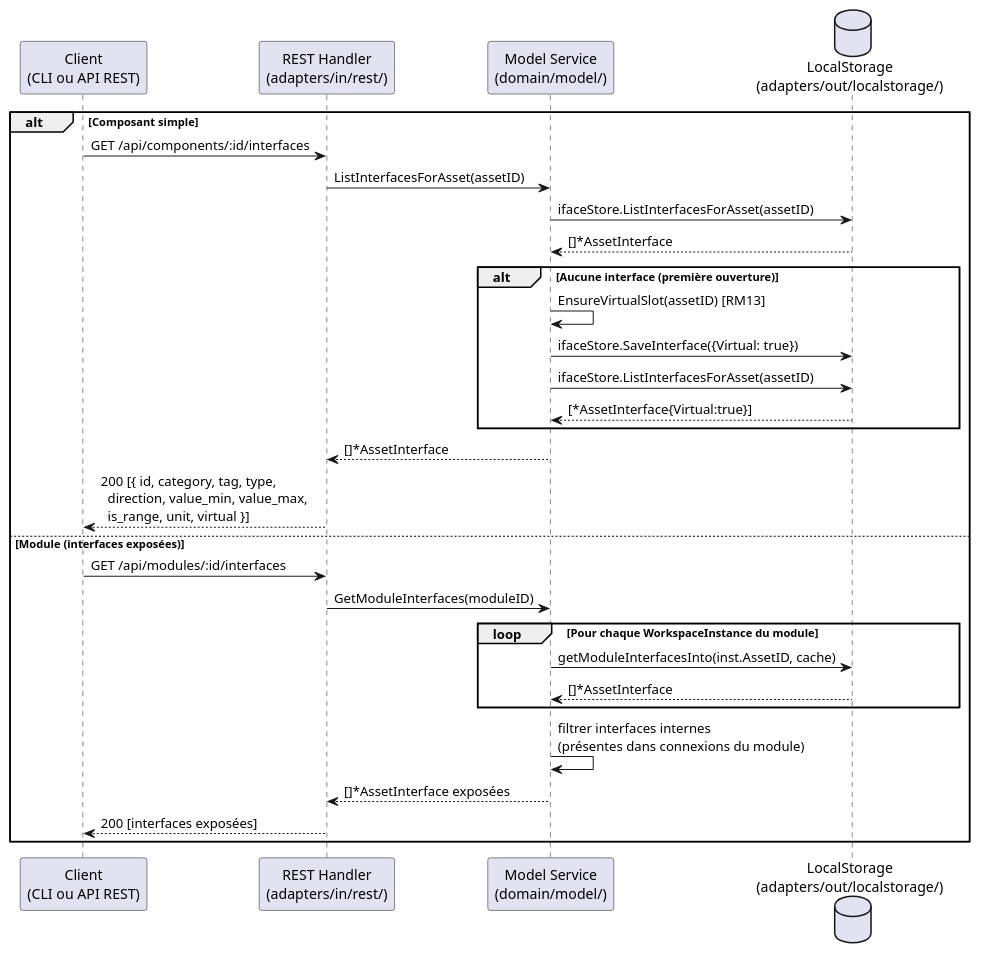
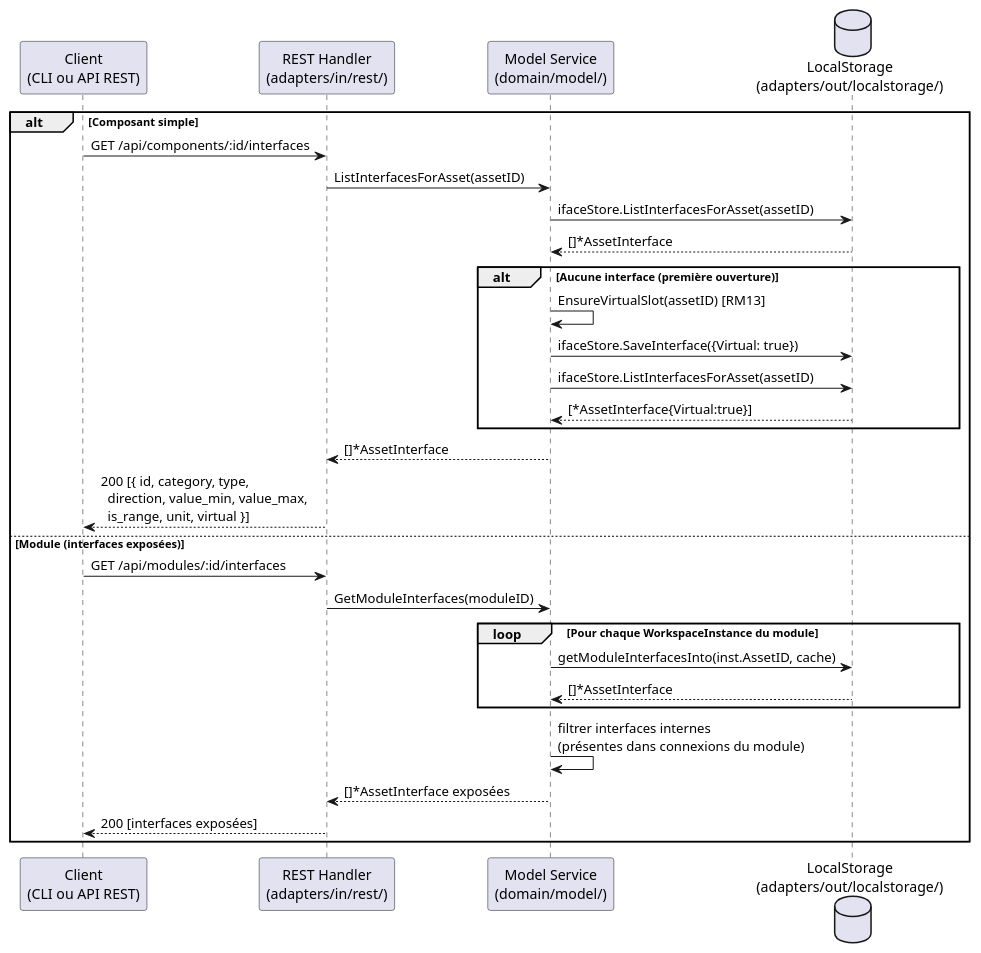
Before and after one commit to myr-forge/myr-core: the second of 2 diagrams in specs/2-Analyse/UCAM-Assemblage_Module/UCAM02.md, drawn with PlantUML. The commit also changed other lines of this file and 23 other files, not shown here.

````diff
--- a/specs/2-Analyse/UCAM-Assemblage_Module/UCAM02.md
+++ b/specs/2-Analyse/UCAM-Assemblage_Module/UCAM02.md
@@ -150,38 +150,38 @@
 ```plantuml
 @startuml
 participant "Client\n(CLI ou API REST)" as Client
 participant "REST Handler\n(adapters/in/rest/)" as REST
 participant "Model Service\n(domain/model/)" as Service
 database "LocalStorage\n(adapters/out/localstorage/)" as Local
 
 alt Composant simple
     Client -> REST : GET /api/components/:id/interfaces
     REST -> Service : ListInterfacesForAsset(assetID)
     Service -> Local : ifaceStore.ListInterfacesForAsset(assetID)
     Local --> Service : []*AssetInterface
 
     alt Aucune interface (première ouverture)
         Service -> Service : EnsureVirtualSlot(assetID) [RM13]
         Service -> Local : ifaceStore.SaveInterface({Virtual: true})
         Service -> Local : ifaceStore.ListInterfacesForAsset(assetID)
         Local --> Service : [*AssetInterface{Virtual:true}]
     end
 
     Service --> REST : []*AssetInterface
-    REST --> Client : 200 [{ id, category, tag, type,\n  direction, value_min, value_max,\n  is_range, unit, virtual }]
+    REST --> Client : 200 [{ id, category, type,\n  direction, value_min, value_max,\n  is_range, unit, virtual }]
 
 else Module (interfaces exposées)
     Client -> REST : GET /api/modules/:id/interfaces
     REST -> Service : GetModuleInterfaces(moduleID)
 
     loop Pour chaque WorkspaceInstance du module
         Service -> Local : getModuleInterfacesInto(inst.AssetID, cache)
         Local --> Service : []*AssetInterface
     end
 
     Service -> Service : filtrer interfaces internes\n(présentes dans connexions du module)
     Service --> REST : []*AssetInterface exposées
     REST --> Client : 200 [interfaces exposées]
 end
 @enduml
 ```
````
